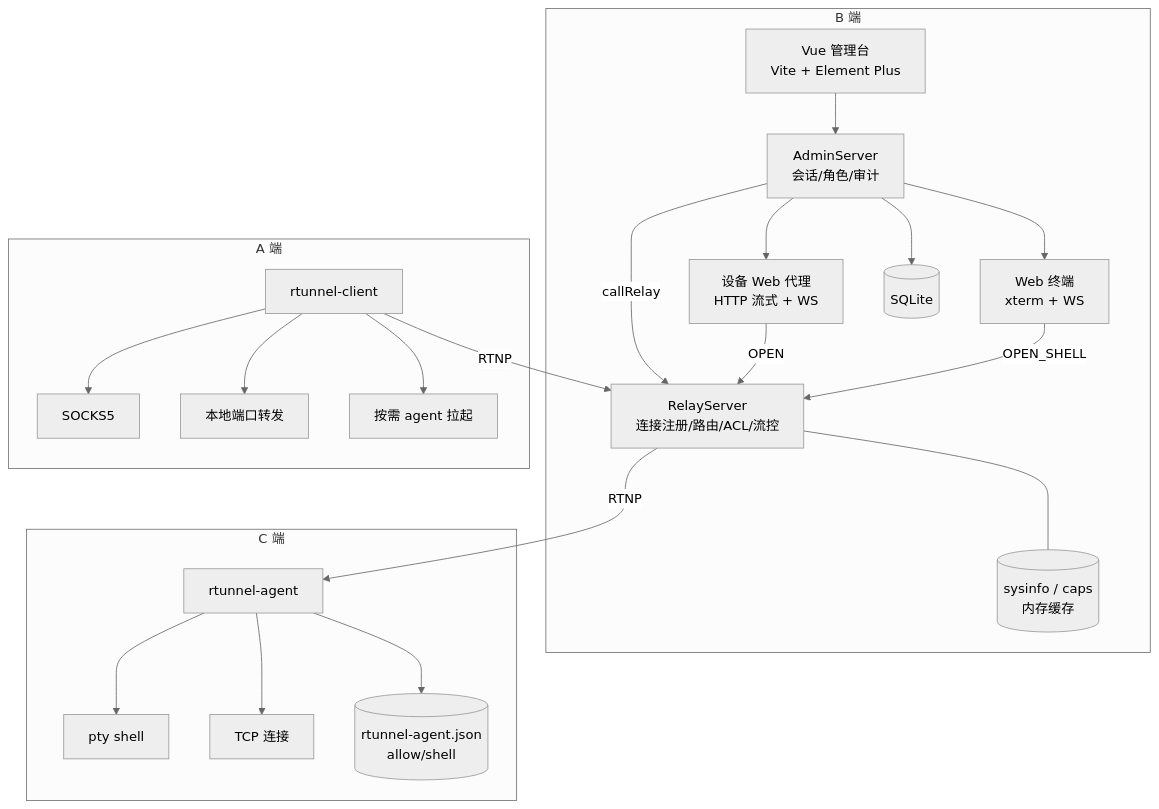
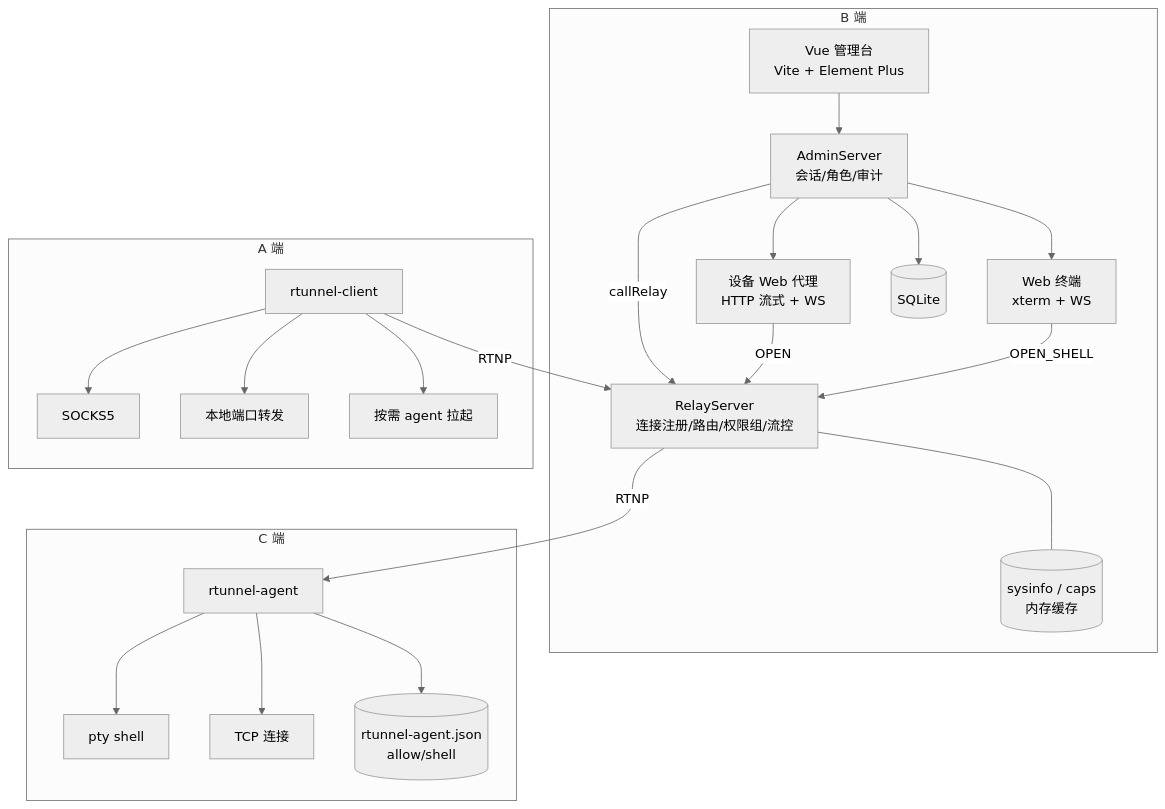
One commit to c8877/libhv changed the second of 6 diagrams in docs/design/rtunnel-diagrams.md. Above: the diagram before and after it, drawn with Mermaid (neutral theme). The commit also changed other lines of this file and 6 other files, not shown here.

````diff
--- a/docs/design/rtunnel-diagrams.md
+++ b/docs/design/rtunnel-diagrams.md
@@ -79,40 +79,40 @@
 ```mermaid
 flowchart TB
     subgraph B[B 端]
         UI[Vue 管理台<br/>Vite + Element Plus]
         API[AdminServer<br/>会话/角色/审计]
         PROXY[设备 Web 代理<br/>HTTP 流式 + WS]
         TERM[Web 终端<br/>xterm + WS]
-        REL[RelayServer<br/>连接注册/路由/ACL/流控]
+        REL[RelayServer<br/>连接注册/路由/权限组/流控]
         CACHE[(sysinfo / caps<br/>内存缓存)]
         DB[(SQLite)]
         UI --> API
         API --> PROXY
         API --> TERM
         API --> DB
         API -->|callRelay| REL
         REL --- CACHE
     end
     subgraph A[A 端]
         CL[rtunnel-client]
         SOCKS[SOCKS5]
         FWD[本地端口转发]
         SPWN[按需 agent 拉起]
         CL --> SOCKS
         CL --> FWD
         CL --> SPWN
     end
     subgraph C[C 端]
         AG[rtunnel-agent]
         PTY[pty shell]
         TCP[TCP 连接]
         CFG[(rtunnel-agent.json<br/>allow/shell)]
         AG --> PTY
         AG --> TCP
         AG --> CFG
     end
     CL -->|RTNP| REL
     REL -->|RTNP| AG
     PROXY -->|OPEN| REL
     TERM -->|OPEN_SHELL| REL
 ```
````
